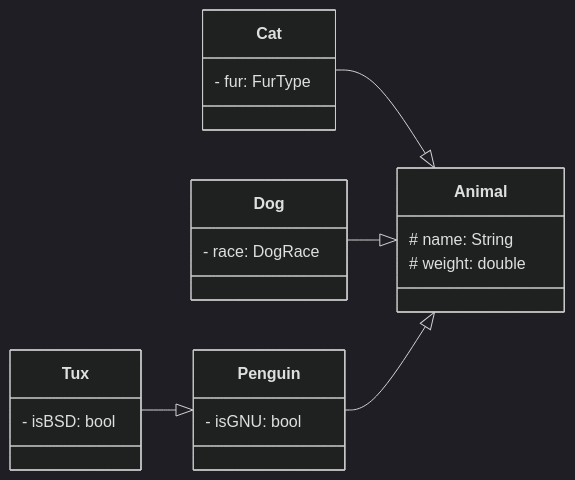
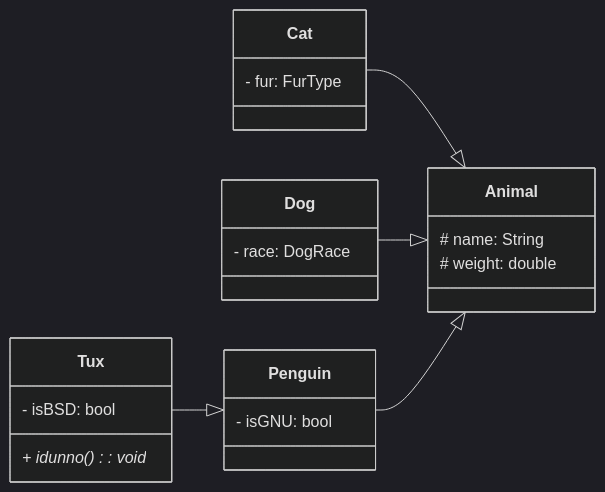
Before and after one commit to C4lopsitta/notes: the third of 3 diagrams in IT/Language specific notes/Java.md, drawn with Mermaid (dark theme). The commit also changed 3 other files, not shown here.

````diff
--- a/IT/Language specific notes/Java.md
+++ b/IT/Language specific notes/Java.md
@@ -151,29 +151,30 @@
 ```mermaid
 classDiagram
 direction LR
 class Animal{
 	# name: String
 	# weight: double
 }
 
 class Cat{
 	- fur: FurType
 }
 
 class Dog{
 	- race: DogRace
 }
 
 class Penguin{
 	- isGNU: bool
 }
 
 class Tux{
 	- isBSD: bool
+	+ idunno(): void*
 }
 
 Cat --|> Animal
 Dog --|> Animal
 Penguin --|> Animal
 Tux --|> Penguin
 ```
````
